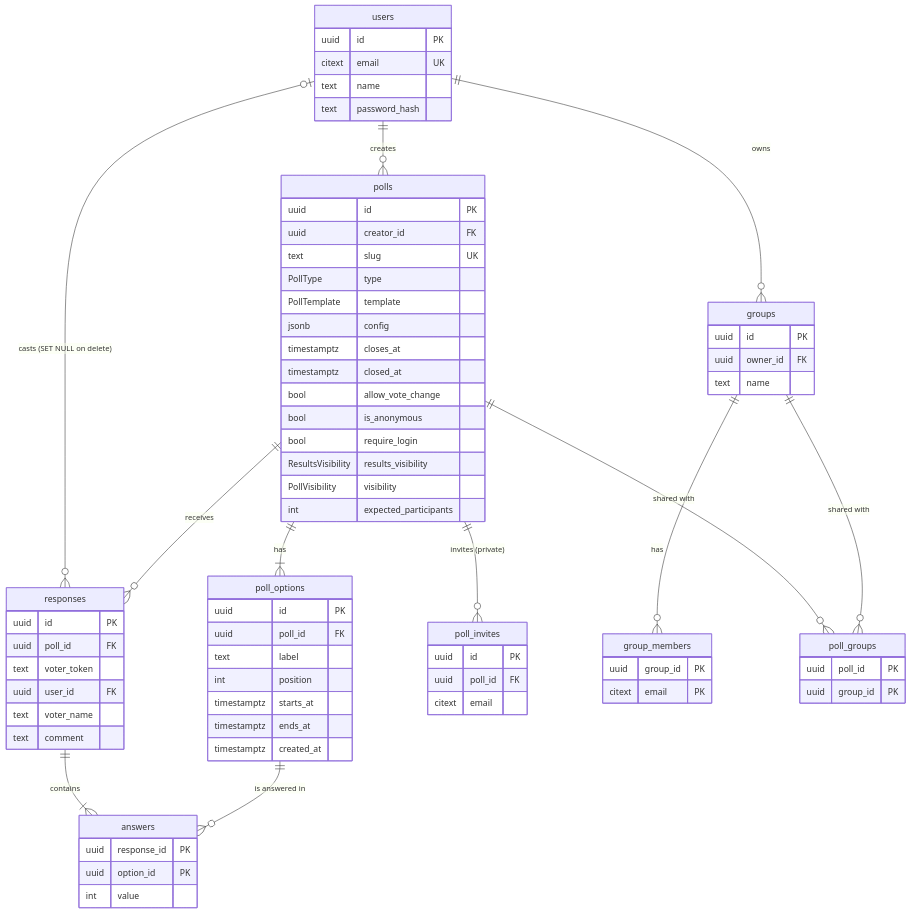
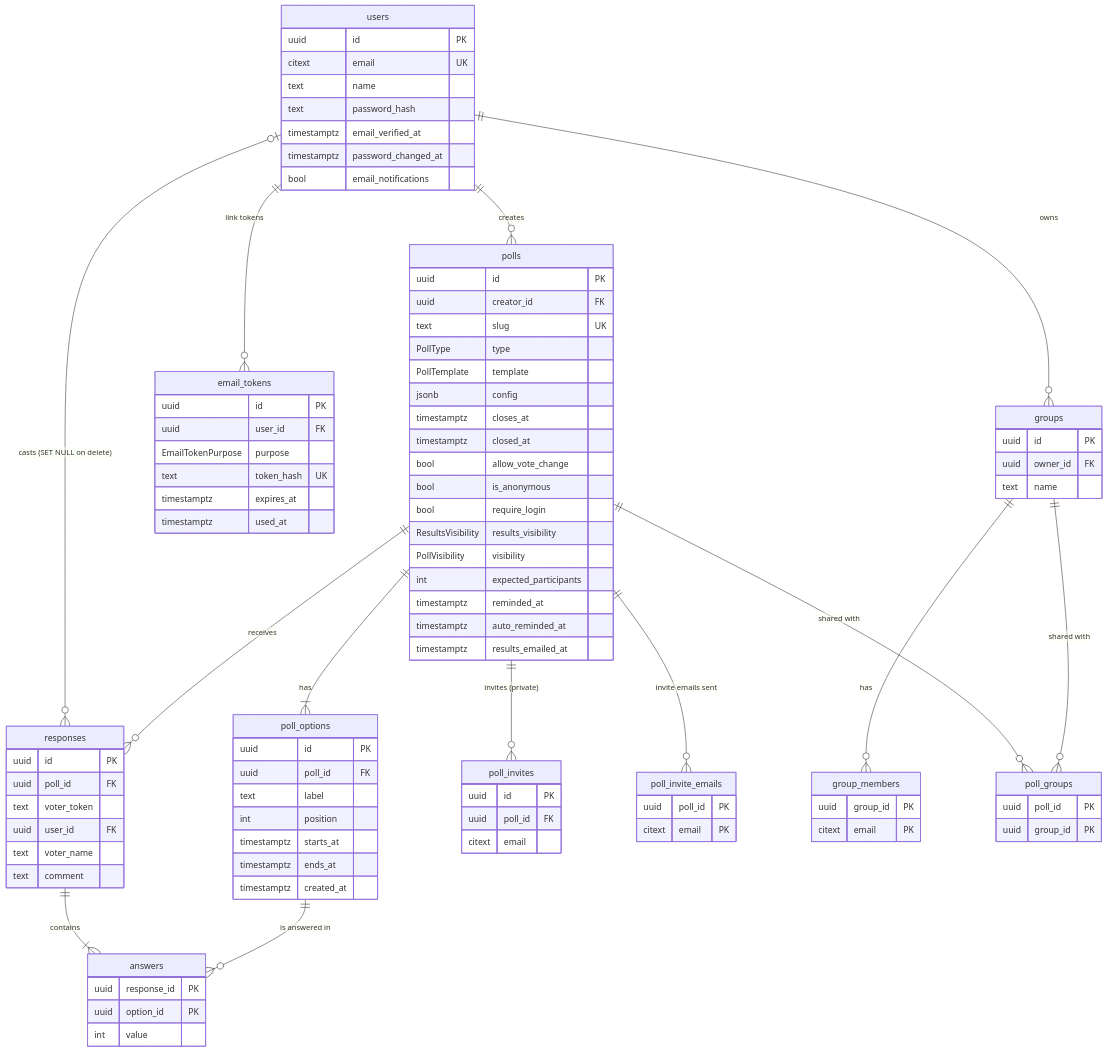
The second of 2 diagrams in README.md (jaykeraliya0/poller), drawn with Mermaid before and after one commit. The commit also changed other lines of this file and 74 other files, not shown here.

First line of the commit message:
feat: add email verification, password reset and poll emails via Resend

```diff
--- a/README.md
+++ b/README.md
@@ -126,6 +145,8 @@
   responses ||--|{ answers : contains
   poll_options ||--o{ answers : "is answered in"
   polls ||--o{ poll_invites : "invites (private)"
+  polls ||--o{ poll_invite_emails : "invite emails sent"
+  users ||--o{ email_tokens : "link tokens"
   users ||--o{ groups : owns
   groups ||--o{ group_members : has
   polls ||--o{ poll_groups : "shared with"
@@ -136,6 +157,21 @@
     citext email UK
     text name
     text password_hash
+    timestamptz email_verified_at
+    timestamptz password_changed_at
+    bool email_notifications
+  }
+  email_tokens {
+    uuid id PK
+    uuid user_id FK
+    EmailTokenPurpose purpose
+    text token_hash UK
+    timestamptz expires_at
+    timestamptz used_at
+  }
+  poll_invite_emails {
+    uuid poll_id PK
+    citext email PK
   }
   polls {
     uuid id PK
@@ -152,6 +188,9 @@
     ResultsVisibility results_visibility
     PollVisibility visibility
     int expected_participants
+    timestamptz reminded_at
+    timestamptz auto_reminded_at
+    timestamptz results_emailed_at
   }
   poll_invites {
     uuid id PK
```
